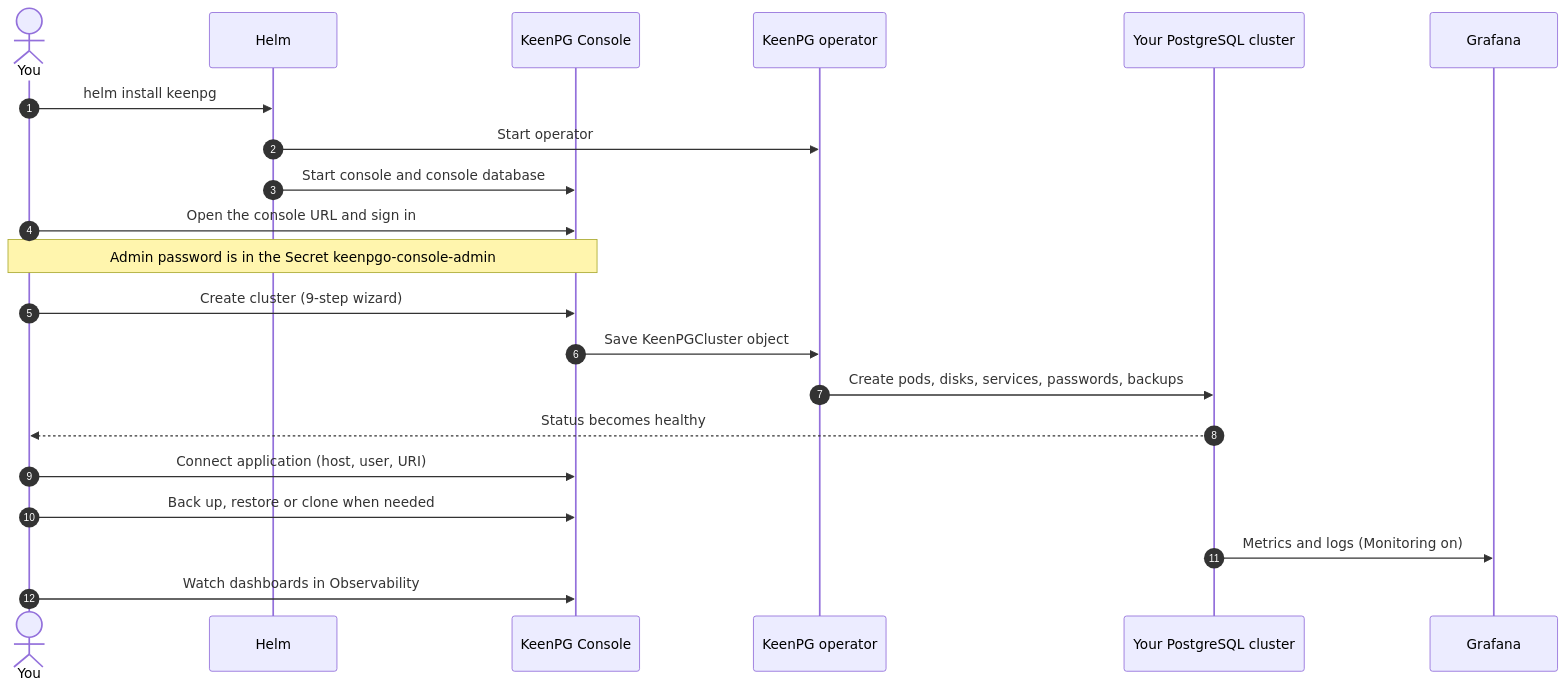
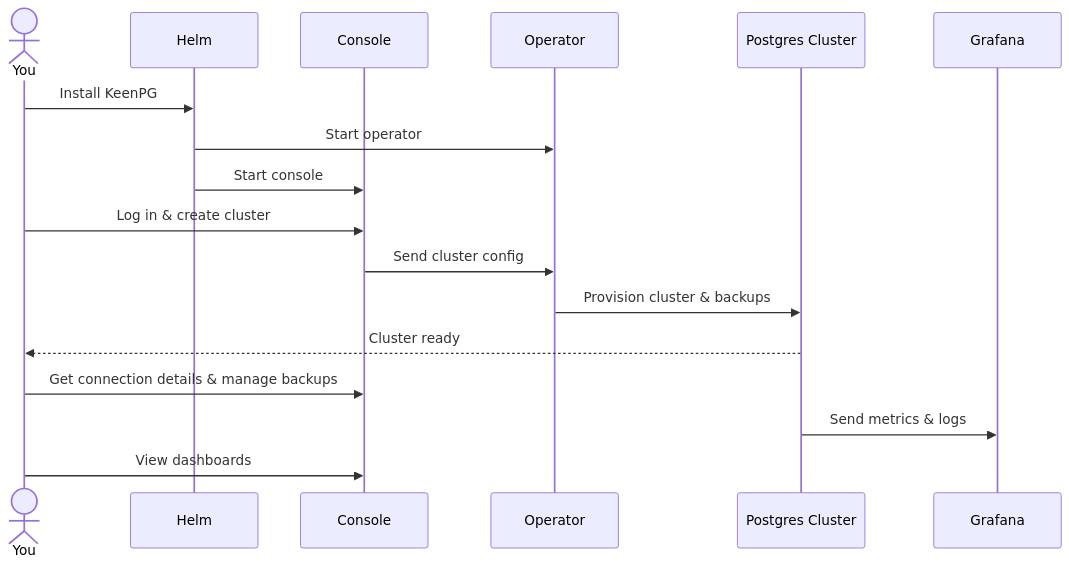
The first of 3 diagrams in console.md (rabhinav0906/Readme-changes), drawn with Mermaid before and after one commit. The commit also changed other lines of this file, not shown here.

````diff
--- a/console.md
+++ b/console.md
@@ -5,24 +5,20 @@
 ```mermaid
 sequenceDiagram
-    autonumber
     actor U as You
     participant H as Helm
-    participant C as KeenPG Console
-    participant O as KeenPG operator
-    participant P as Your PostgreSQL cluster
+    participant C as Console
+    participant O as Operator
+    participant P as Postgres Cluster
     participant G as Grafana
 
-    U->>H: helm install keenpg
+    U->>H: Install KeenPG
     H->>O: Start operator
-    H->>C: Start console and console database
-    U->>C: Open the console URL and sign in
-    Note over U,C: Admin password is in the Secret keenpgo-console-admin
-    U->>C: Create cluster (9-step wizard)
-    C->>O: Save KeenPGCluster object
-    O->>P: Create pods, disks, services, passwords, backups
-    P-->>U: Status becomes healthy
-    U->>C: Connect application (host, user, URI)
-    U->>C: Back up, restore or clone when needed
-    P->>G: Metrics and logs (Monitoring on)
-    U->>C: Watch dashboards in Observability
+    H->>C: Start console
+    U->>C: Log in & create cluster
+    C->>O: Send cluster config
+    O->>P: Provision cluster & backups
+    P-->>U: Cluster ready
+    U->>C: Get connection details & manage backups
+    P->>G: Send metrics & logs
+    U->>C: View dashboards
 ```
````
